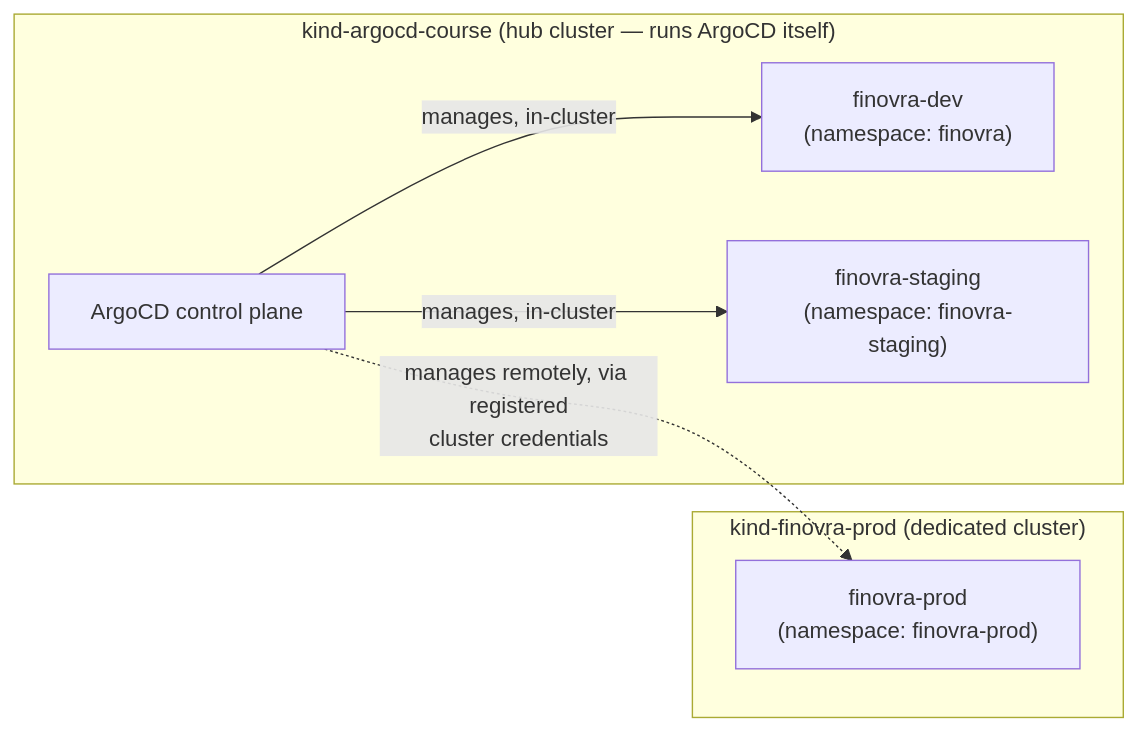
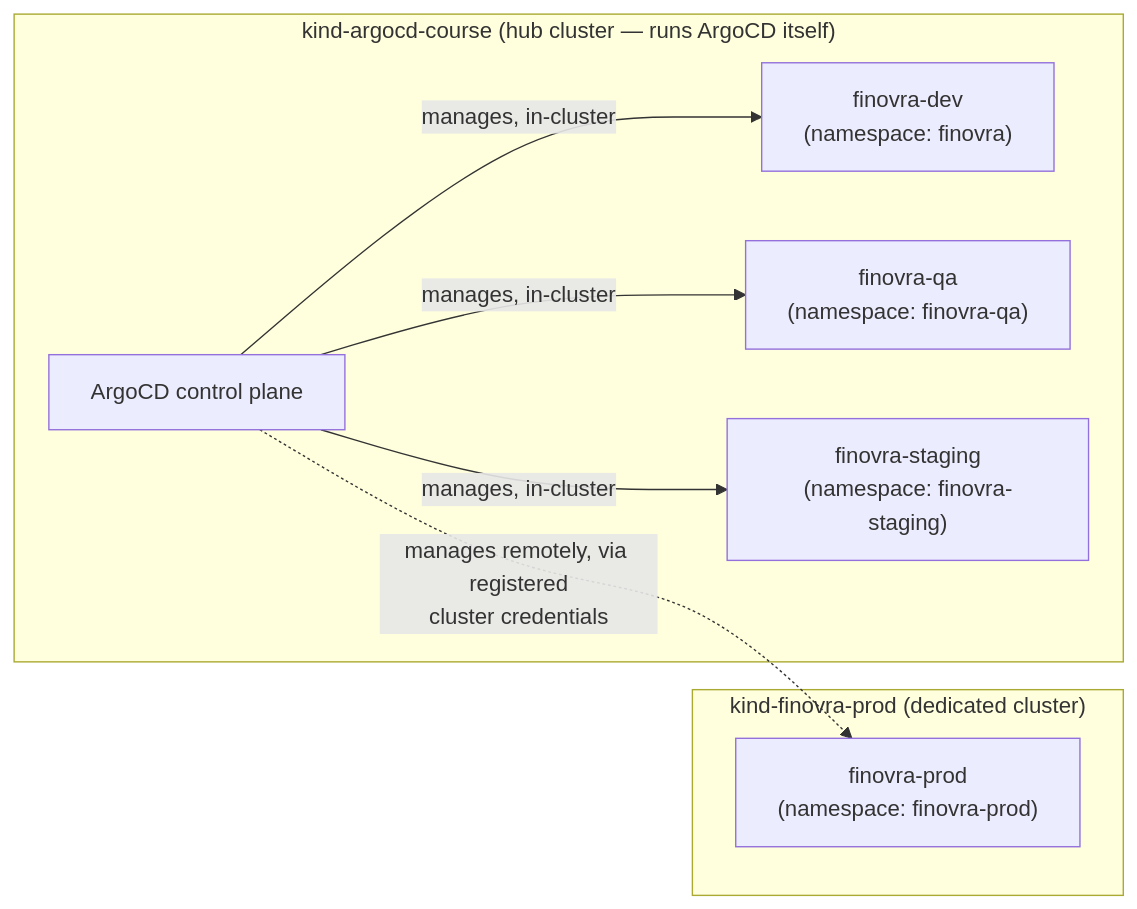
One commit to finovra-app/documents changed the diagram in modules/module-09-multi-cluster-basics.md. Above: the diagram before and after it, drawn with Mermaid. The commit also changed other lines of this file and 3 other files, not shown here.

````diff
--- a/modules/module-09-multi-cluster-basics.md
+++ b/modules/module-09-multi-cluster-basics.md
@@ -29,14 +29,16 @@
 ```mermaid
 flowchart LR
     subgraph Hub["kind-argocd-course (hub cluster — runs ArgoCD itself)"]
         ArgoCD["ArgoCD control plane"]
         Dev["finovra-dev\n(namespace: finovra)"]
+        QA["finovra-qa\n(namespace: finovra-qa)"]
         Staging["finovra-staging\n(namespace: finovra-staging)"]
     end
     subgraph Prod["kind-finovra-prod (dedicated cluster)"]
         ProdApp["finovra-prod\n(namespace: finovra-prod)"]
     end
     ArgoCD -->|manages, in-cluster| Dev
+    ArgoCD -->|manages, in-cluster| QA
     ArgoCD -->|manages, in-cluster| Staging
     ArgoCD -.->|manages remotely, via registered\ncluster credentials| ProdApp
 ```
````
